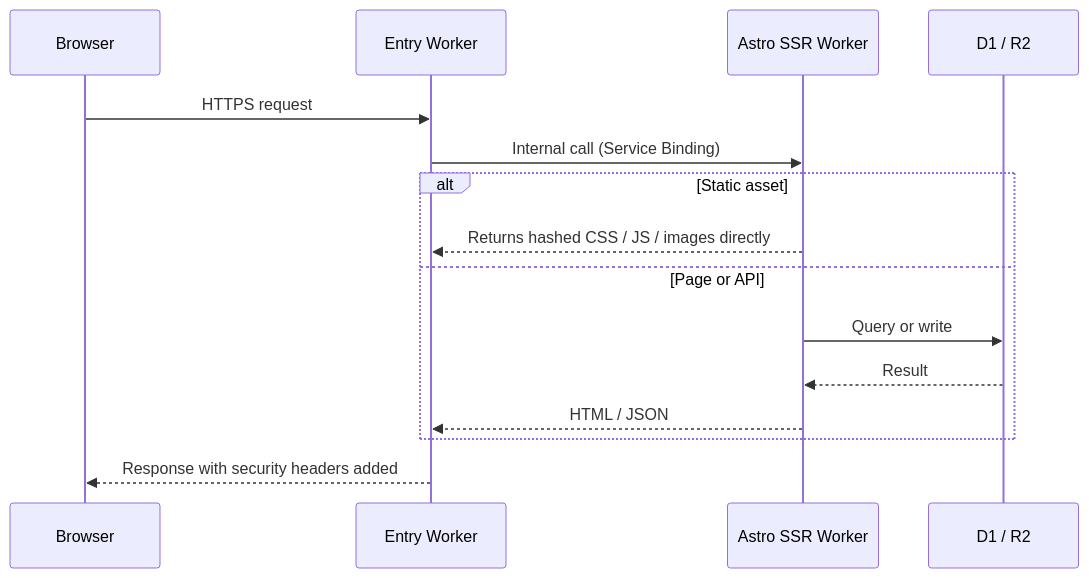
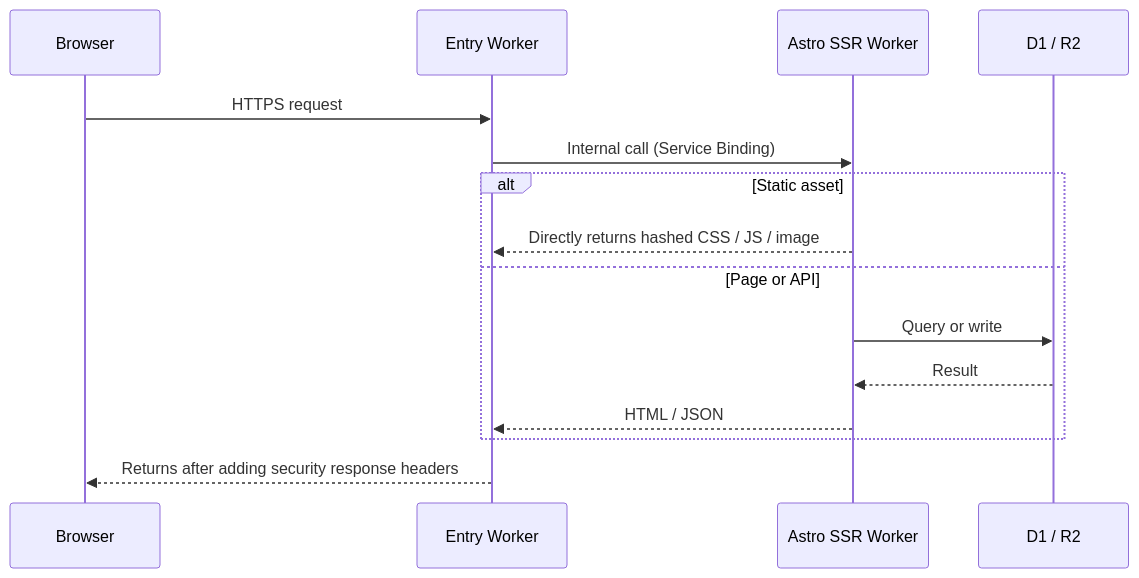
The second of 2 diagrams in src/i18n/content/en/blog/基于Cloudflare构建个人网站.md (Edmounds/blog_web), drawn with Mermaid before and after one commit. The commit also changed other lines of this file and 9 other files, not shown here.

````diff
--- a/src/i18n/content/en/blog/基于Cloudflare构建个人网站.md
+++ b/src/i18n/content/en/blog/基于Cloudflare构建个人网站.md
@@ -40,18 +33,18 @@
 ```mermaid
 sequenceDiagram
   participant B as Browser
   participant E as Entry Worker
   participant A as Astro SSR Worker
   participant D1 as D1 / R2
 
   B->>E: HTTPS request
   E->>A: Internal call (Service Binding)
   alt Static asset
-    A-->>E: Returns hashed CSS / JS / images directly
+    A-->>E: Directly returns hashed CSS / JS / image
   else Page or API
     A->>D1: Query or write
     D1-->>A: Result
     A-->>E: HTML / JSON
   end
-  E-->>B: Response with security headers added
+  E-->>B: Returns after adding security response headers
 ```
````
